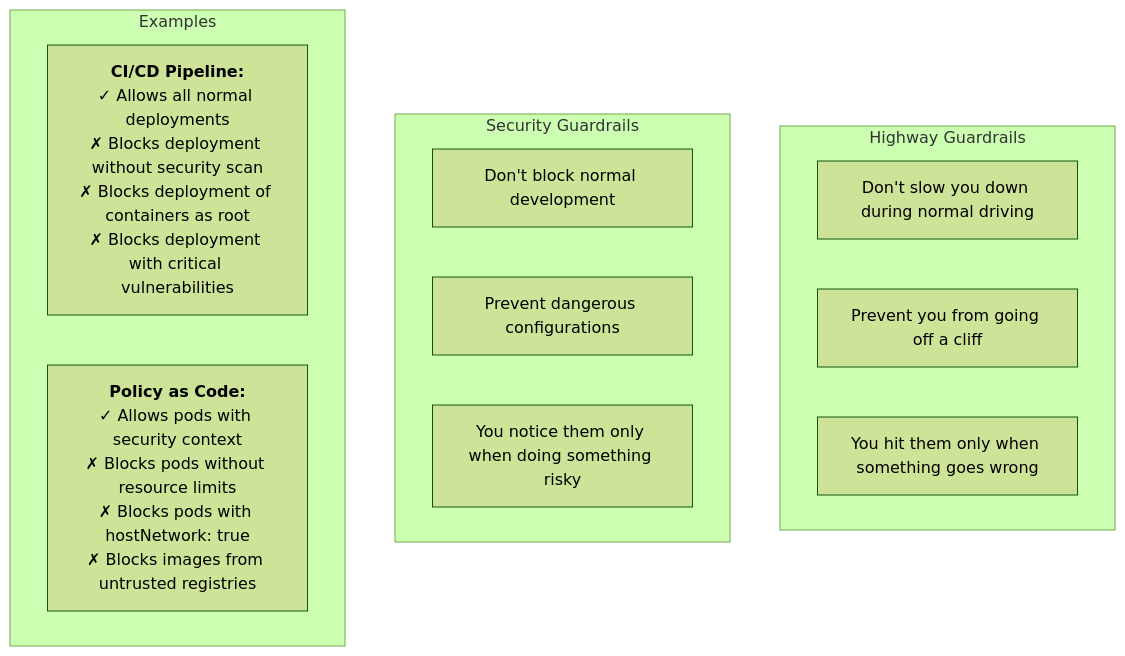
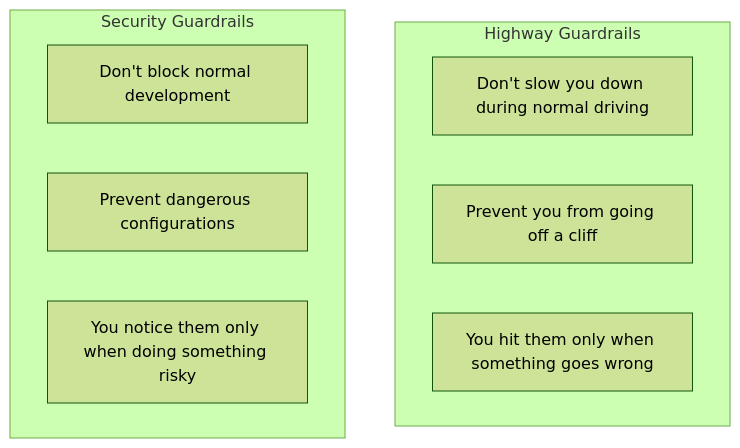
The second of 4 diagrams in src/content/docs/platform/foundations/security-principles/module-4.4-secure-by-default.md (kube-dojo/kube-dojo), drawn with Mermaid (forest theme) before and after one commit. The commit also changed other lines of this file and 2 other files, not shown here.

First line of the commit message:
docs(platform): expand+de-fab Foundations Security Principles 4.1, 4.2, 4.4 to T0 (#1897) (#1901)

````diff
--- a/src/content/docs/platform/foundations/security-principles/module-4.4-secure-by-default.md
+++ b/src/content/docs/platform/foundations/security-principles/module-4.4-secure-by-default.md
@@ -236,19 +202,14 @@
 ```mermaid
 graph TD
     subgraph HIGHWAY_GUARDRAILS [Highway Guardrails]
         H1["Don't slow you down during normal driving"]
         H2["Prevent you from going off a cliff"]
         H3["You hit them only when something goes wrong"]
     end
 
     subgraph SECURITY_GUARDRAILS [Security Guardrails]
         S1["Don't block normal development"]
         S2["Prevent dangerous configurations"]
         S3["You notice them only when doing something risky"]
     end
-
-    subgraph EXAMPLES [Examples]
-        C1["<b>CI/CD Pipeline:</b><br/>✓ Allows all normal deployments<br/>✗ Blocks deployment without security scan<br/>✗ Blocks deployment of containers as root<br/>✗ Blocks deployment with critical vulnerabilities"]
-        P1["<b>Policy as Code:</b><br/>✓ Allows pods with security context<br/>✗ Blocks pods without resource limits<br/>✗ Blocks pods with hostNetwork: true<br/>✗ Blocks images from untrusted registries"]
-    end
 ```
````
